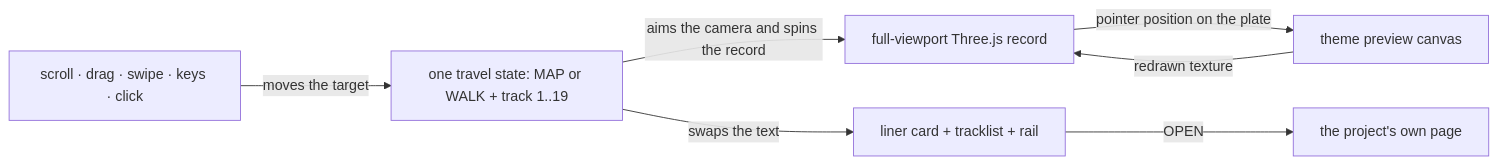
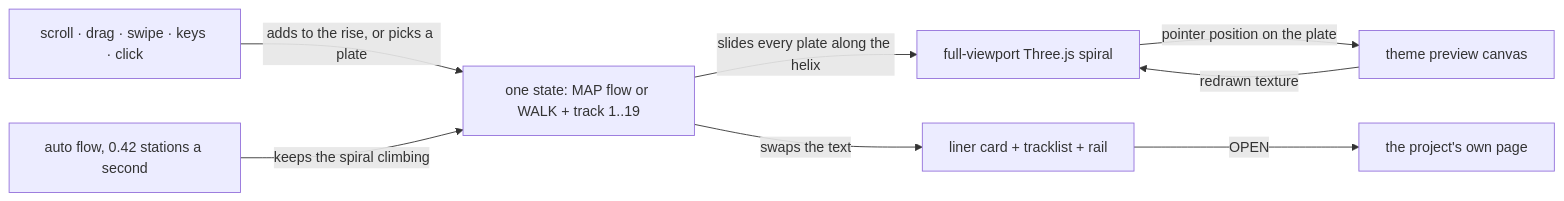
The diagram in prototypes/root-explorer-minimal/diagrams/world.mmd (CinematicGenius007/independents), drawn with Mermaid before and after one commit. The commit also changed 6 other files, not shown here.

```diff
--- a/prototypes/root-explorer-minimal/diagrams/world.mmd
+++ b/prototypes/root-explorer-minimal/diagrams/world.mmd
@@ -1,7 +1,8 @@
 flowchart LR
-  input["scroll · drag · swipe · keys · click"] -->|"moves the target"| nav["one travel state: MAP or WALK + track 1..19"]
-  nav -->|"aims the camera and spins the record"| world["full-viewport Three.js record"]
+  input["scroll · drag · swipe · keys · click"] -->|"adds to the rise, or picks a plate"| nav["one state: MAP flow or WALK + track 1..19"]
+  clock["auto flow, 0.42 stations a second"] -->|"keeps the spiral climbing"| nav
+  nav -->|"slides every plate along the helix"| world["full-viewport Three.js spiral"]
   nav -->|"swaps the text"| card["liner card + tracklist + rail"]
   world -->|"pointer position on the plate"| plate["theme preview canvas"]
   plate -->|"redrawn texture"| world
   card -->|"OPEN"| app["the project's own page"]
```
